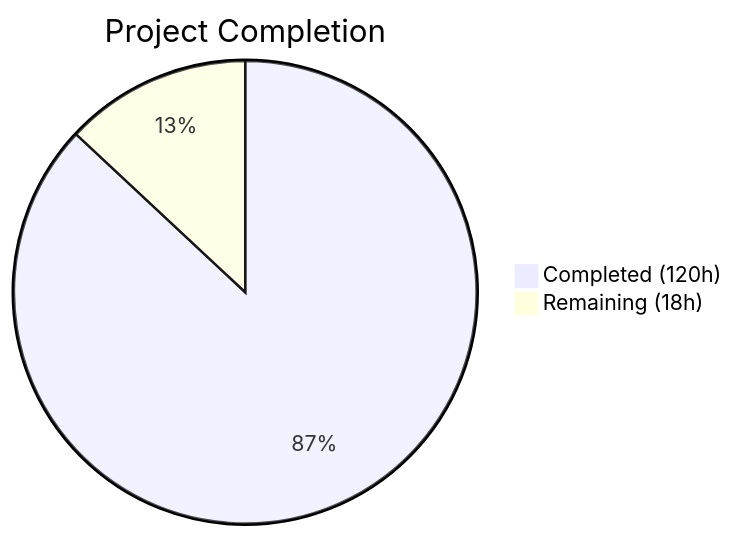
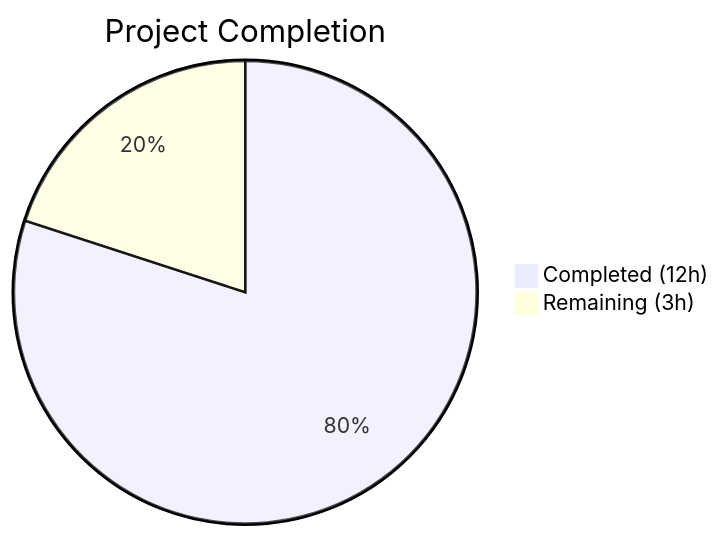
Before and after one commit to Blitzy-Sandbox/blitzy-formbricks: the first of 2 diagrams in blitzy/documentation/Project Guide.md, drawn with Mermaid. The commit also changed other lines of this file, not shown here.

Commit message:
Adding Blitzy Project Guide: Project Status and Human Tasks Remaining

````diff
--- a/blitzy/documentation/Project Guide.md
+++ b/blitzy/documentation/Project Guide.md
@@ -13,5 +13,5 @@
 ```mermaid
 pie title Project Completion
-    "Completed (120h)" : 120
-    "Remaining (18h)" : 18
+    "Completed (12h)" : 12
+    "Remaining (3h)" : 3
 ```
````
